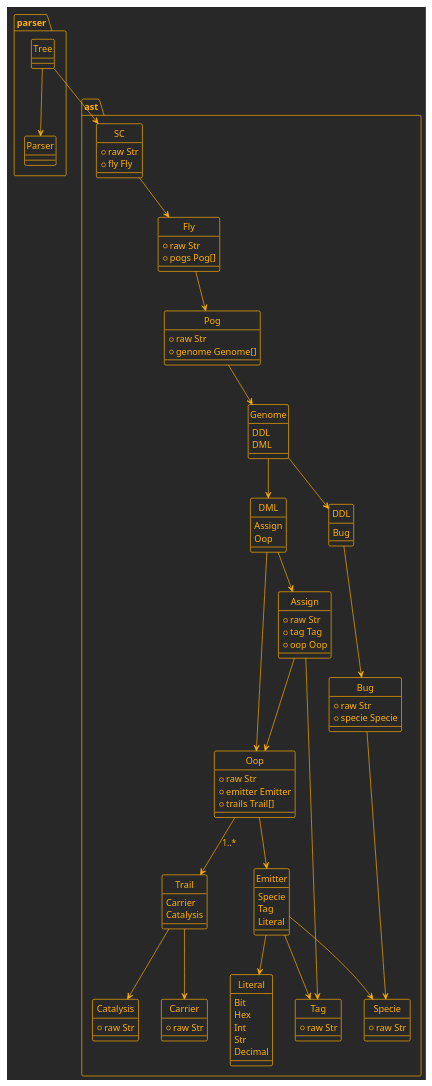
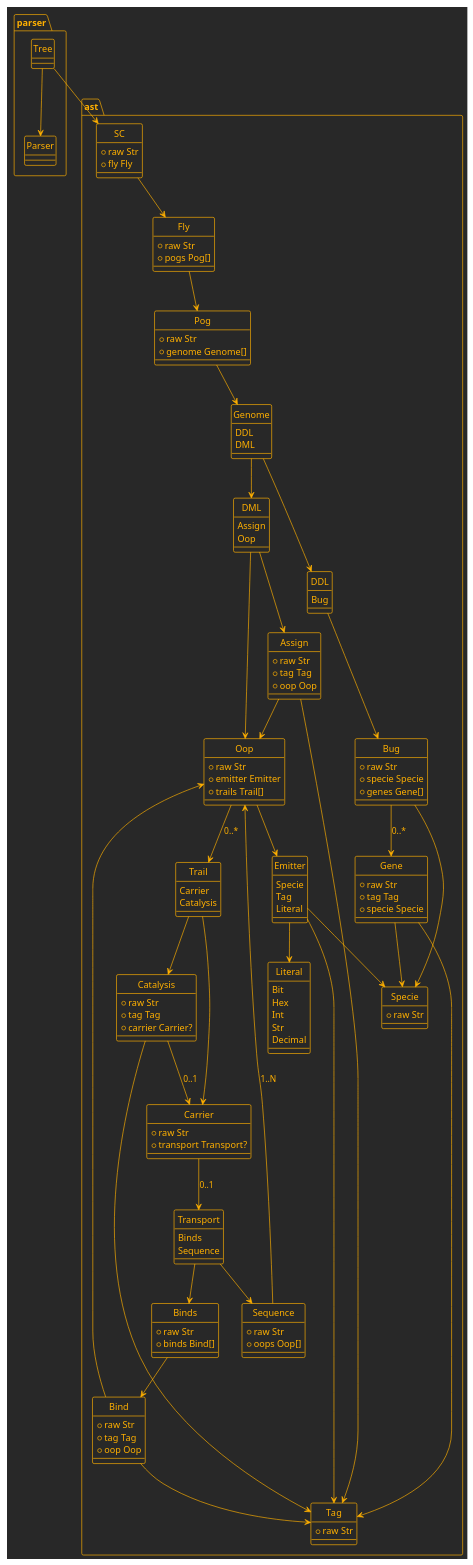
One commit to sc-land/dsl changed the diagram in doc/ast.puml. Above: the diagram before and after it, drawn with PlantUML. The commit also changed 1 other file, not shown here.

Commit message:
feat: add Gene struct with tests and implementation
- Create new Gene struct with tag and specie fields
- Implement from_pair method for parsing gene rules
- Add comprehensive test suite for gene parsing
- Add getter methods for accessing gene properties

```diff
--- a/doc/ast.puml
+++ b/doc/ast.puml
@@ -1,125 +1,175 @@
 @startuml
 !theme crt-amber
 hide circle
 
 package ast {
     class SC {
         +raw Str
         +fly Fly
     }
 
     class Fly {
         +raw Str
         +pogs Pog[]
     }
 
     class Pog {
         +raw Str
         +genome Genome[]
     }
 
     enum Genome {
         DDL
         DML
     }
 
     enum DML {
         Assign
         Oop
     }
 
     class Assign {
         +raw Str
         +tag Tag
         +oop Oop
     }
 
     class Oop {
         +raw Str
         +emitter Emitter
         +trails Trail[]
     }
 
     enum Trail {
         Carrier
         Catalysis
     }
 
     class Catalysis {
         +raw Str
+        +tag Tag
+        +carrier Carrier?
     }
 
     class Carrier {
         +raw Str
+        +transport Transport?
+    }
+
+    enum Transport {
+        Binds
+        Sequence
+    }
+
+    class Binds {
+        +raw Str
+        +binds Bind[]
+    }
+
+    class Bind {
+        +raw Str
+        +tag Tag
+        +oop Oop
+    }
+
+    class Sequence {
+        +raw Str
+        +oops Oop[]
     }
 
     enum DDL {
         Bug
     }
 
     class Bug {
         +raw Str
+        +specie Specie
+        +genes Gene[]
+    }
+
+    class Gene {
+        +raw Str
+        +tag Tag
         +specie Specie
     }
 
     enum Emitter {
         Specie
         Tag
         Literal
     }
 
     enum Literal {
         Bit
         Hex
         Int
         Str
         Decimal
     }
 
     class Specie {
         +raw Str
     }
 
     class Tag {
         +raw Str
     }
 }
 
 package parser {
     class Parser
     class Tree
 }
 
 parser.Tree --> ast.SC
 parser.Tree --> parser.Parser
 
 ast.SC --> ast.Fly
 
 ast.Fly --> ast.Pog
 
 ast.Pog --> ast.Genome
 
 ast.Genome --> ast.DDL
 ast.Genome --> ast.DML
 
 ast.DML --> ast.Assign
 ast.DML --> ast.Oop
 
 ast.DDL --> ast.Bug
 
 ast.Assign --> ast.Oop
 ast.Assign --> ast.Tag
 
 ast.Emitter --> ast.Literal
 ast.Emitter --> ast.Tag
 ast.Emitter --> ast.Specie
 
 ast.Bug --> ast.Specie
+ast.Bug --> ast.Gene : 0..*
+
+ast.Gene --> ast.Tag
+ast.Gene --> ast.Specie
 
 ast.Oop --> ast.Emitter
-ast.Oop --> ast.Trail : 1..*
+ast.Oop --> ast.Trail : 0..*
 
 ast.Trail --> ast.Carrier
 ast.Trail --> ast.Catalysis
 
+ast.Carrier --> ast.Transport : 0..1
+
+ast.Transport --> ast.Binds
+ast.Transport --> ast.Sequence
+
+ast.Binds --> ast.Bind
+
+ast.Bind --> ast.Tag
+ast.Bind --> ast.Oop
+
+ast.Sequence --> ast.Oop : 1..N
+
+ast.Catalysis --> ast.Tag
+ast.Catalysis --> ast.Carrier : 0..1
+
 @enduml
```
